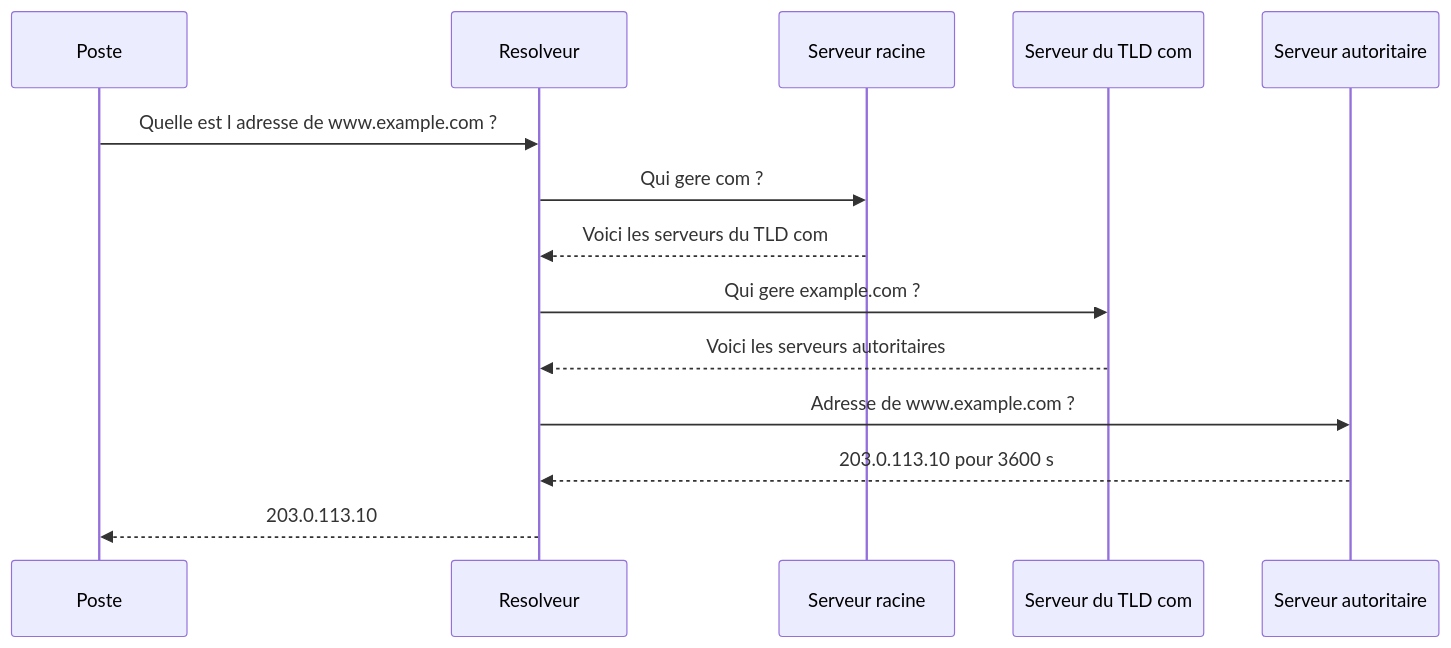
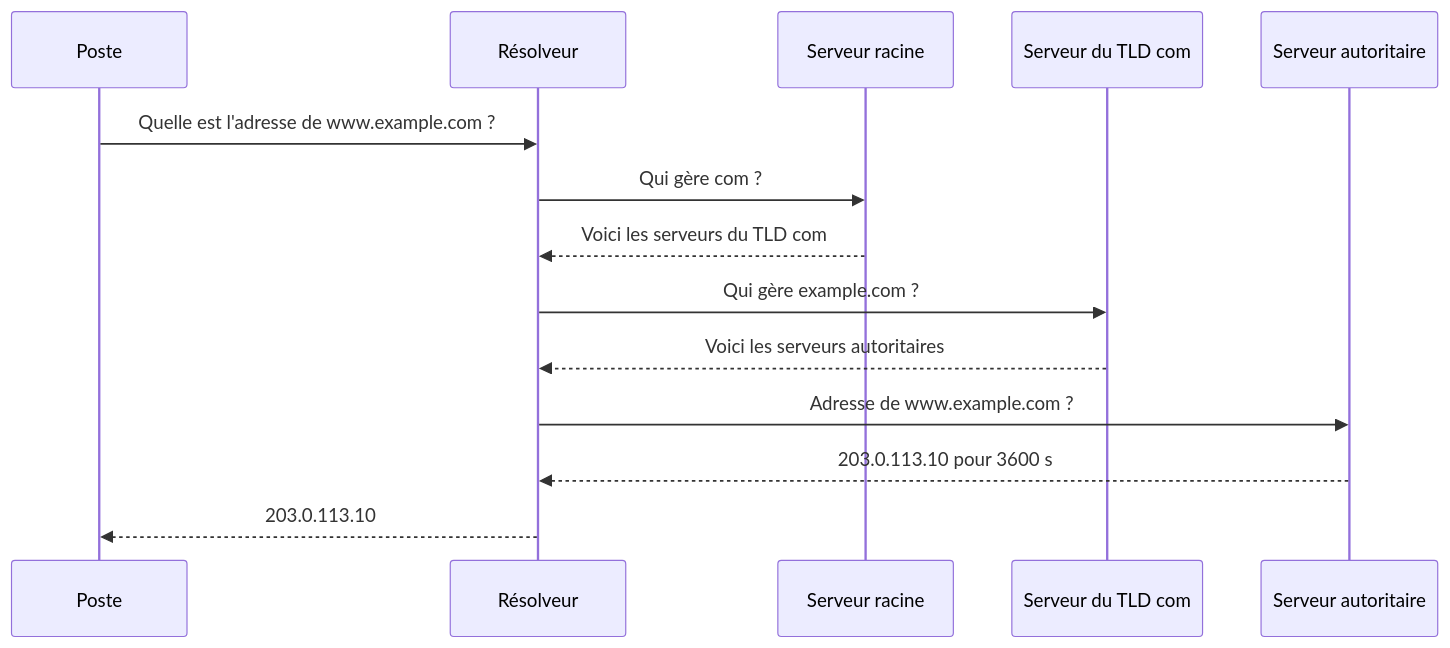
One commit to Gooseppr/GevOps_LC changed the first of 4 diagrams in courses/reseaux-cybersecurite/07_protocoles_services.md. Above: the diagram before and after it, drawn with Mermaid. The commit also changed other lines of this file and 56 other files, not shown here.

````diff
--- a/courses/reseaux-cybersecurite/07_protocoles_services.md
+++ b/courses/reseaux-cybersecurite/07_protocoles_services.md
@@ -65,16 +65,16 @@
 ```mermaid
 sequenceDiagram
     participant P as Poste
-    participant R as Resolveur
+    participant R as Résolveur
     participant Rac as Serveur racine
     participant T as Serveur du TLD com
     participant A as Serveur autoritaire
-    P->>R: Quelle est l adresse de www.example.com ?
-    R->>Rac: Qui gere com ?
+    P->>R: Quelle est l'adresse de www.example.com ?
+    R->>Rac: Qui gère com ?
     Rac-->>R: Voici les serveurs du TLD com
-    R->>T: Qui gere example.com ?
+    R->>T: Qui gère example.com ?
     T-->>R: Voici les serveurs autoritaires
     R->>A: Adresse de www.example.com ?
     A-->>R: 203.0.113.10 pour 3600 s
     R-->>P: 203.0.113.10
 ```
````
